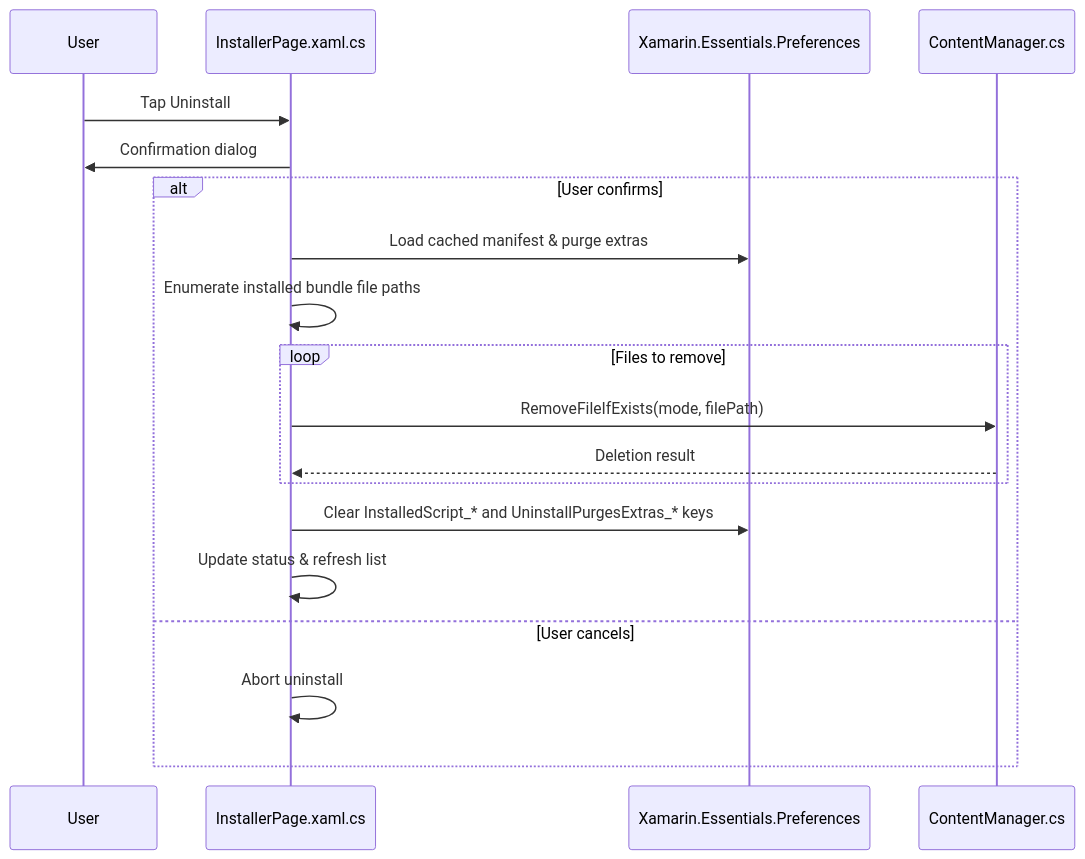
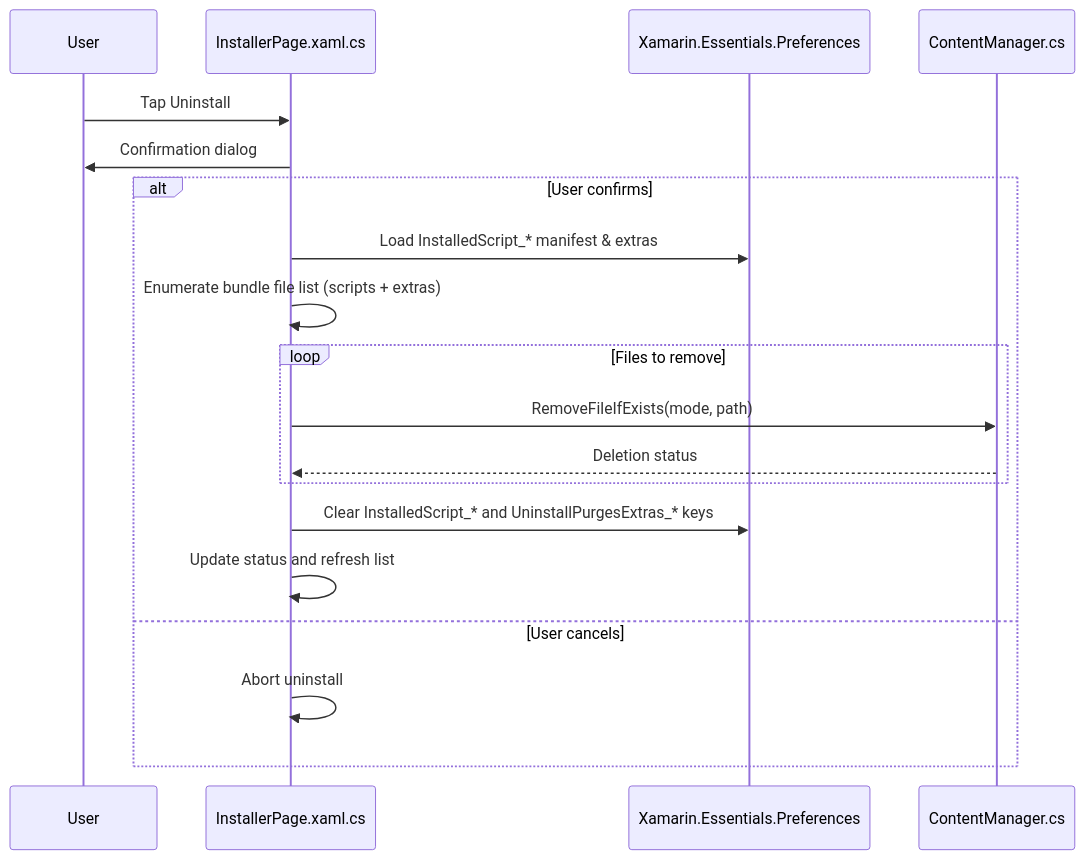
The third of 4 diagrams in analysis/mechanics.md (DqkrLord0Xerod/translatefgo), drawn with Mermaid before and after one commit. The commit also changed other lines of this file, not shown here.

````diff
--- a/analysis/mechanics.md
+++ b/analysis/mechanics.md
@@ -97,21 +88,21 @@
 ```mermaid
 sequenceDiagram
     participant User
     participant UI as InstallerPage.xaml.cs
     participant Pref as Xamarin.Essentials.Preferences
     participant CM as ContentManager.cs
     User->>UI: Tap Uninstall
     UI->>User: Confirmation dialog
     alt User confirms
-        UI->>Pref: Load cached manifest & purge extras
-        UI->>UI: Enumerate installed bundle file paths
+        UI->>Pref: Load InstalledScript_* manifest & extras
+        UI->>UI: Enumerate bundle file list (scripts + extras)
         loop Files to remove
-            UI->>CM: RemoveFileIfExists(mode, filePath)
-            CM-->>UI: Deletion result
+            UI->>CM: RemoveFileIfExists(mode, path)
+            CM-->>UI: Deletion status
         end
         UI->>Pref: Clear InstalledScript_* and UninstallPurgesExtras_* keys
-        UI->>UI: Update status & refresh list
+        UI->>UI: Update status and refresh list
     else User cancels
         UI->>UI: Abort uninstall
     end
 ```
````
